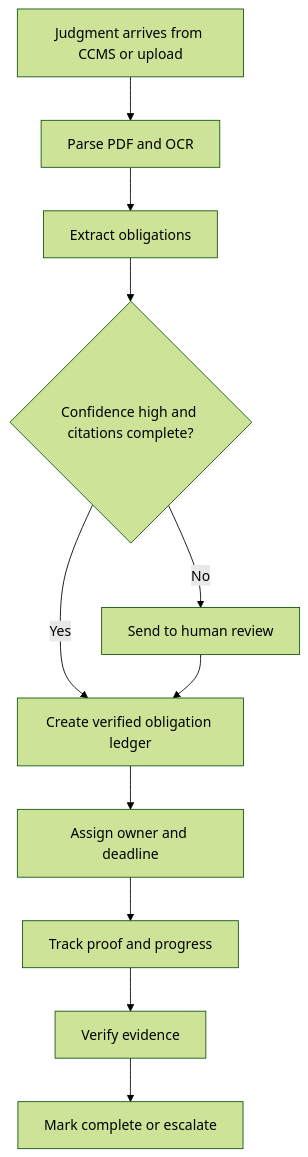
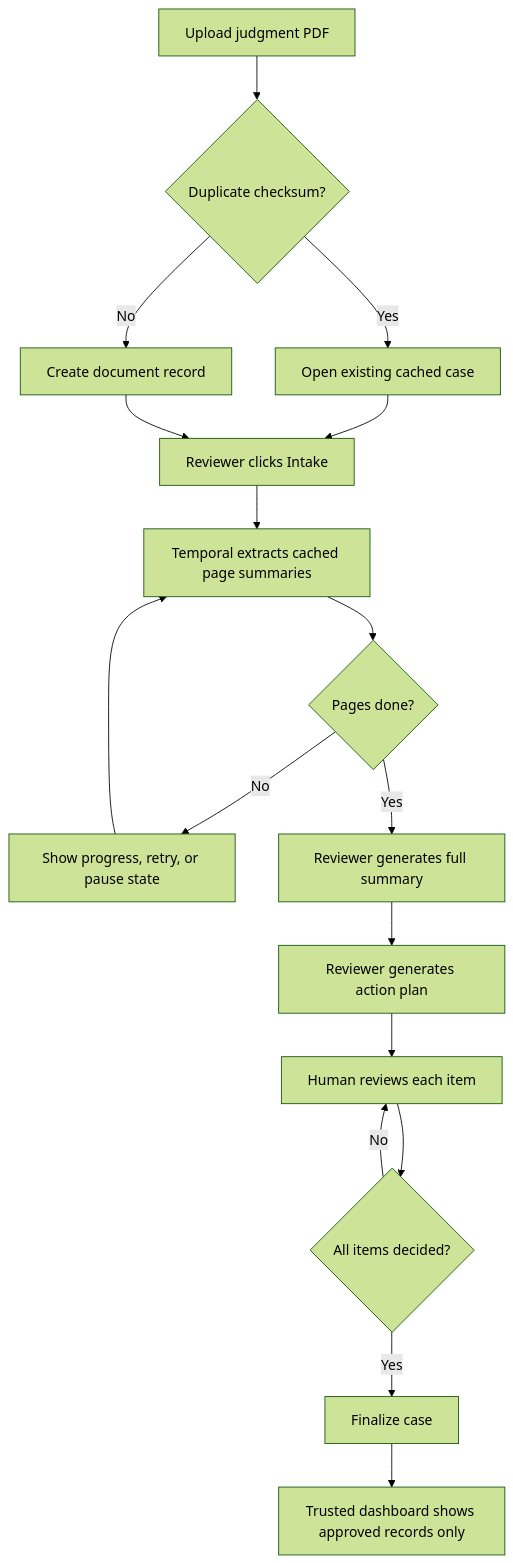
One commit to End-side-Developer/orderflow changed the first of 2 diagrams in README.md. Above: the diagram before and after it, drawn with Mermaid (forest theme). The commit also changed other lines of this file and 7 other files, not shown here.

Commit message:
﻿docs: restructure architecture plans and update progress tracking

````diff
--- a/README.md
+++ b/README.md
@@ -36,13 +36,19 @@
 ```mermaid
 flowchart TD
-    A[Judgment arrives from CCMS or upload] --> B[Parse PDF and OCR]
-    B --> C[Extract obligations]
-    C --> D{Confidence high and citations complete?}
-    D -->|Yes| E[Create verified obligation ledger]
-    D -->|No| F[Send to human review]
-    F --> E
-    E --> G[Assign owner and deadline]
-    G --> H[Track proof and progress]
-    H --> I[Verify evidence]
-    I --> J[Mark complete or escalate]
+    A[Upload judgment PDF] --> B{Duplicate checksum?}
+    B -->|Yes| C[Open existing cached case]
+    B -->|No| D[Create document record]
+    C --> E[Reviewer clicks Intake]
+    D --> E
+    E --> F[Temporal extracts cached page summaries]
+    F --> G{Pages done?}
+    G -->|No| H[Show progress, retry, or pause state]
+    H --> F
+    G -->|Yes| I[Reviewer generates full summary]
+    I --> J[Reviewer generates action plan]
+    J --> K[Human reviews each item]
+    K --> L{All items decided?}
+    L -->|No| K
+    L -->|Yes| M[Finalize case]
+    M --> N[Trusted dashboard shows approved records only]
 ```
````
